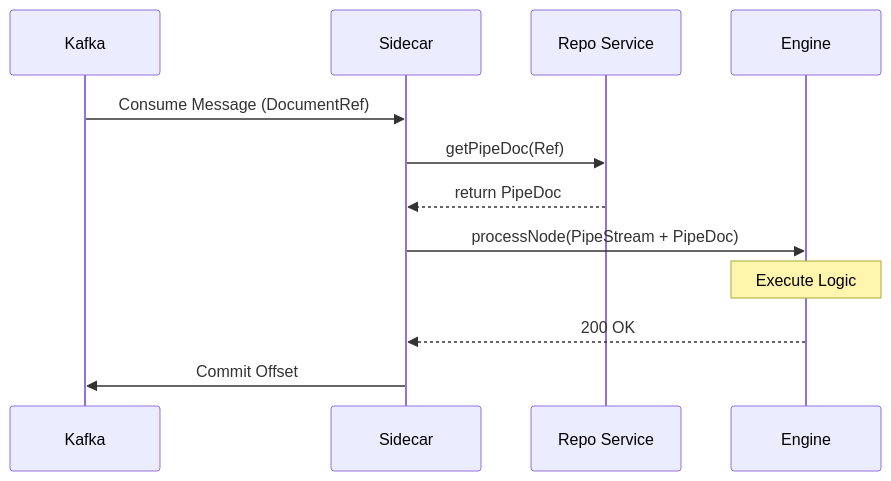
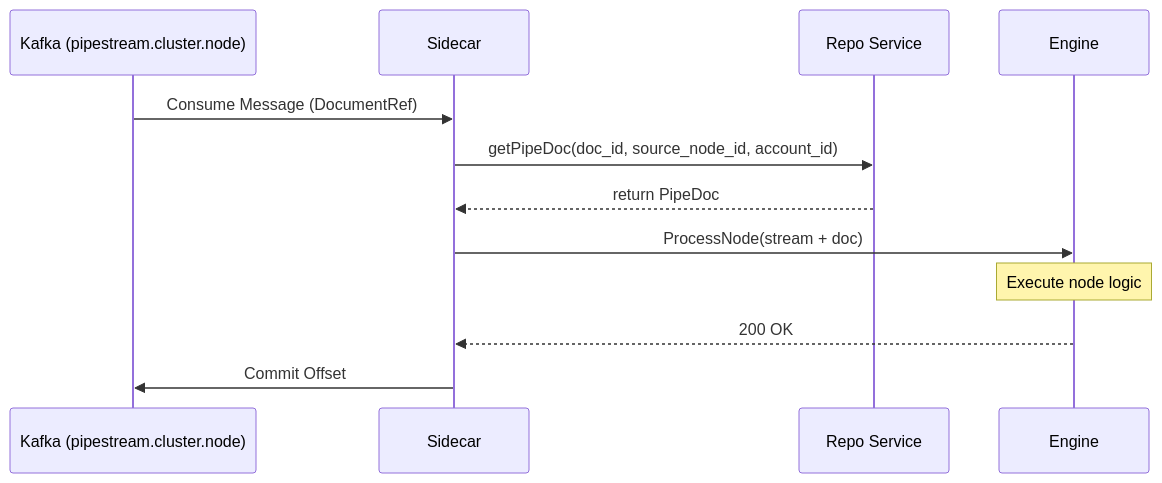
The second of 3 diagrams in docs/architecture/08-kafka-sidecar.md (ai-pipestream/pipestream-engine), drawn with Mermaid before and after one commit. The commit also changed other lines of this file, not shown here.

Commit message:
docs: Update kafka-sidecar with dual topic pattern (intake + node), repository publishing

````diff
--- a/docs/architecture/08-kafka-sidecar.md
+++ b/docs/architecture/08-kafka-sidecar.md
@@ -63,15 +162,15 @@
 ```mermaid
 sequenceDiagram
-    participant K as Kafka
+    participant K as Kafka (pipestream.cluster.node)
     participant S as Sidecar
     participant R as Repo Service
     participant E as Engine
     
     K->>S: Consume Message (DocumentRef)
-    S->>R: getPipeDoc(Ref)
+    S->>R: getPipeDoc(doc_id, source_node_id, account_id)
     R-->>S: return PipeDoc
-    S->>E: processNode(PipeStream + PipeDoc)
-    Note over E: Execute Logic
+    S->>E: ProcessNode(stream + doc)
+    Note over E: Execute node logic
     E-->>S: 200 OK
     S->>K: Commit Offset
 ```
````
